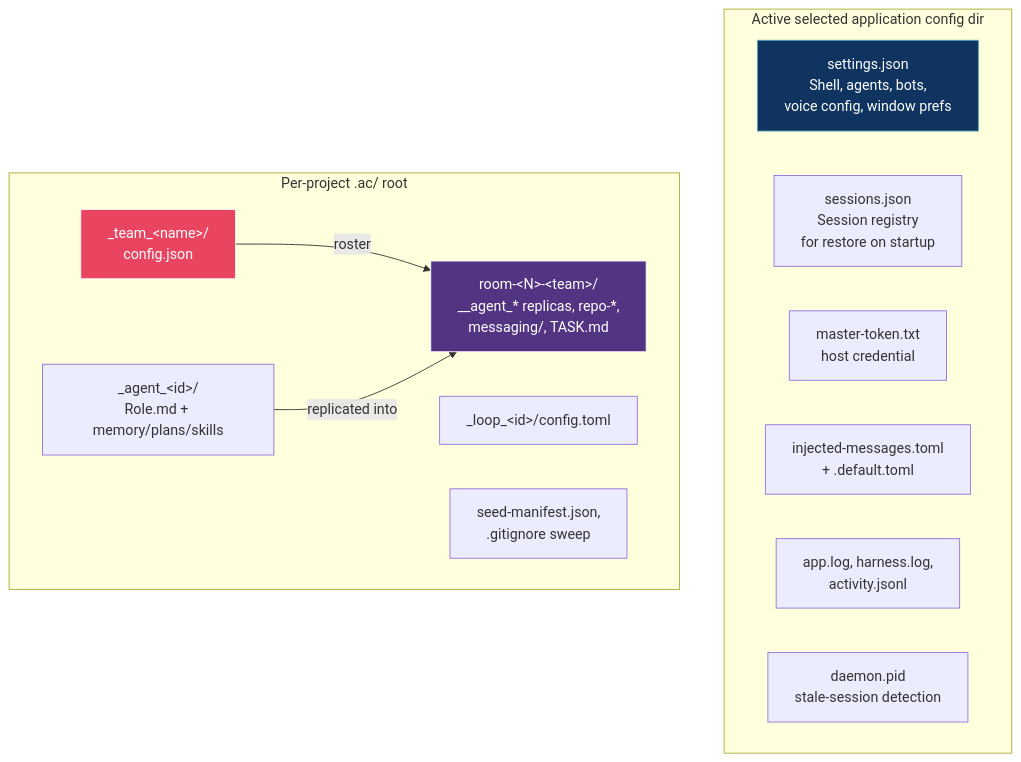
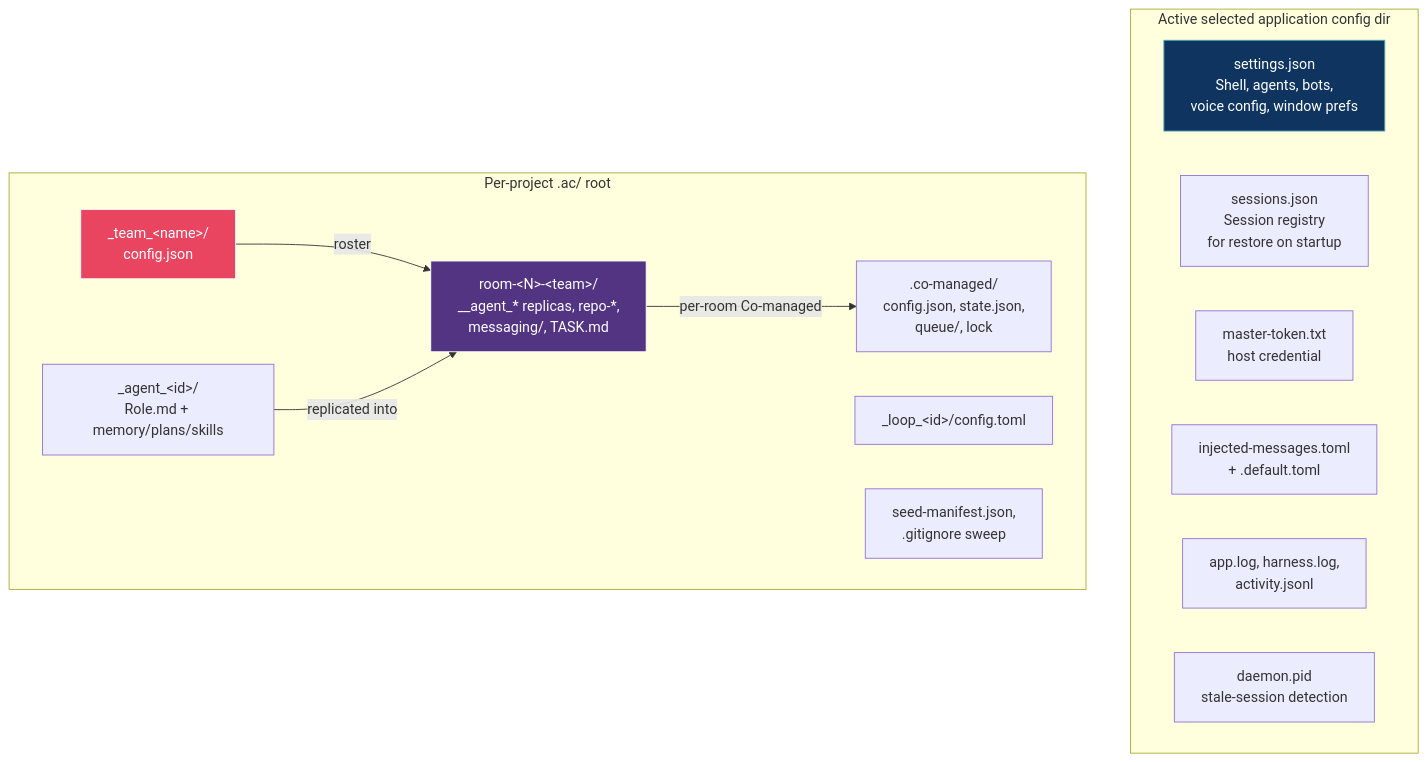
One commit to mblua/AgentsCommander changed diagram 13 of 14 in docs/reference/architecture.md. Above: the diagram before and after it, drawn with Mermaid. The commit also changed other lines of this file and 12 other files, not shown here.

````diff
--- a/docs/reference/architecture.md
+++ b/docs/reference/architecture.md
@@ -643,26 +694,28 @@
 ```mermaid
 graph TD
     subgraph "Active selected application config dir"
         SETTINGS["settings.json<br/>Shell, agents, bots,<br/>voice config, window prefs"]
         SESSIONS["sessions.json<br/>Session registry<br/>for restore on startup"]
         MASTER["master-token.txt<br/>host credential"]
         INJECTED["injected-messages.toml<br/>+ .default.toml"]
         LOG["app.log, harness.log,<br/>activity.jsonl"]
         DAEMON["daemon.pid<br/>stale-session detection"]
     end
 
     subgraph "Per-project .ac/ root"
         AGENTS["_agent_&lt;id&gt;/<br/>Role.md + memory/plans/skills"]
         TEAMS["_team_&lt;name&gt;/<br/>config.json"]
         WGS["room-&lt;N&gt;-&lt;team&gt;/<br/>__agent_* replicas, repo-*,<br/>messaging/, TASK.md"]
+        CM[".co-managed/<br/>config.json, state.json,<br/>queue/, lock"]
         LOOPS["_loop_&lt;id&gt;/config.toml"]
         SEED["seed-manifest.json,<br/>.gitignore sweep"]
     end
 
     TEAMS -->|"roster"| WGS
     AGENTS -->|"replicated into"| WGS
+    WGS -->|"per-room Co-managed"| CM
 
     style SETTINGS fill:#0f3460,stroke:#53a8b6,color:#fff
     style TEAMS fill:#e94560,stroke:#fff,color:#fff
     style WGS fill:#533483,stroke:#fff,color:#fff
 ```
````
